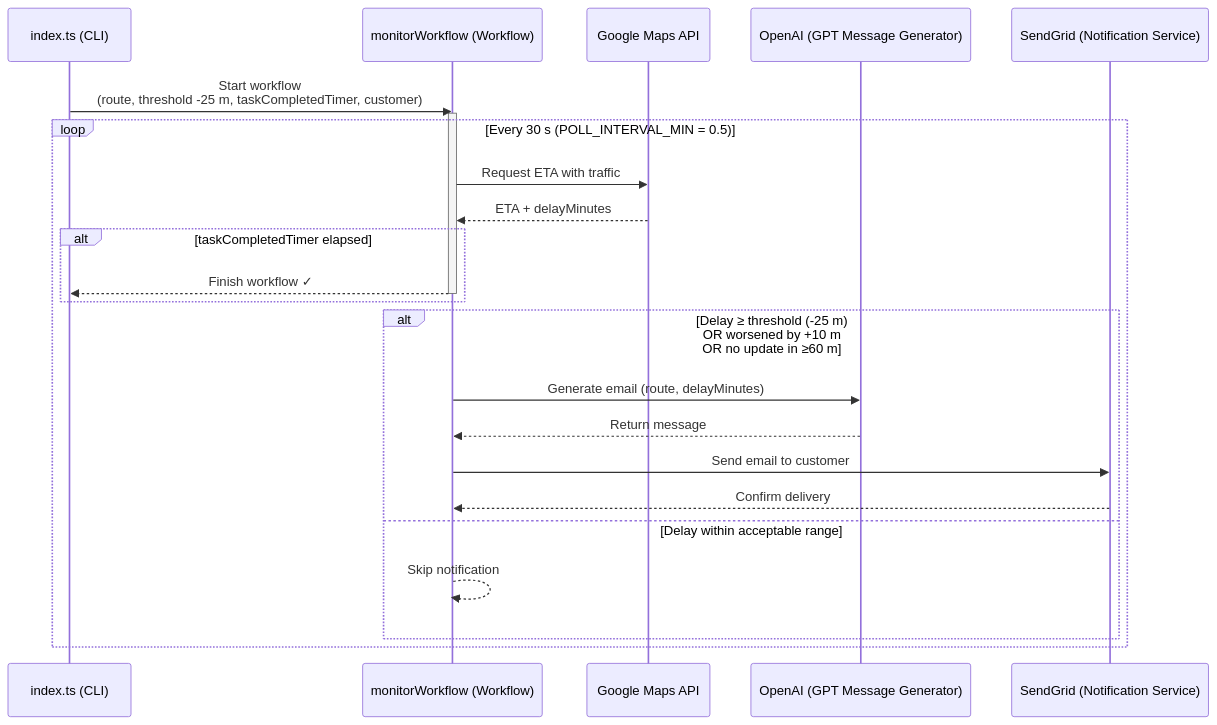
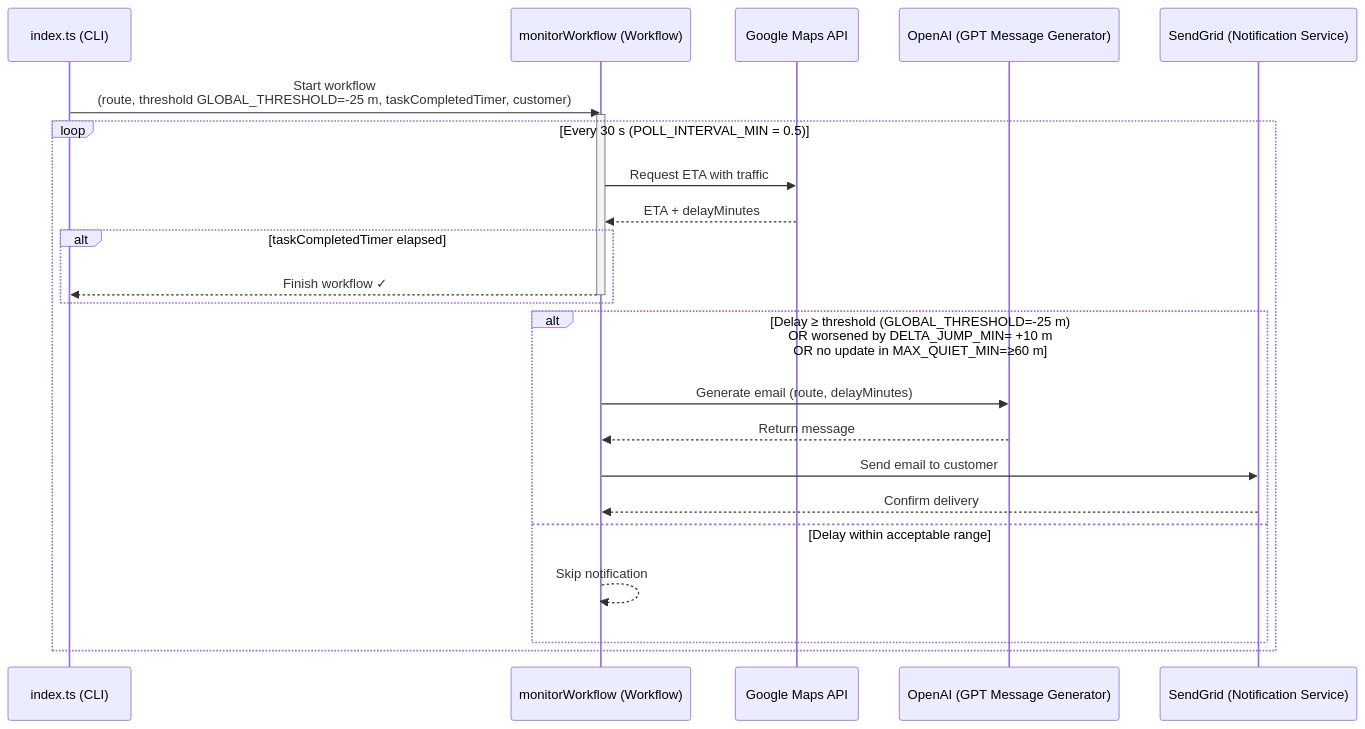
Before and after one commit to Christian8D/freight-delay-notifier-levityAI: the diagram in README.md, drawn with Mermaid. The commit also changed other lines of this file, not shown here.

````diff
--- a/README.md
+++ b/README.md
@@ -66,37 +39,37 @@
 ```mermaid
 sequenceDiagram
     participant CLI as index.ts (CLI)
     participant WF  as monitorWorkflow (Workflow)
     participant Maps as Google Maps API
     participant OpenAI as OpenAI (GPT Message Generator)
     participant SendGrid as SendGrid (Notification Service)
 
     %%— Bootstrap —%%
-    CLI->>WF: Start workflow <br/>(route, threshold -25 m, taskCompletedTimer, customer)
+    CLI->>WF: Start workflow <br/>(route, threshold GLOBAL_THRESHOLD=-25 m, taskCompletedTimer, customer)
     activate WF
 
     %%— Main polling loop —%%
     loop Every 30 s (POLL_INTERVAL_MIN = 0.5)
         %% 1️⃣ Get live traffic
         WF->>Maps: Request ETA with traffic
         Maps-->>WF: ETA + delayMinutes
 
         %% 2️⃣ Simulate delivery completion
         alt taskCompletedTimer elapsed
             WF-->>CLI: Finish workflow ✓
             deactivate WF
         end
 
         %% 3️⃣ Otherwise, check delay status
-        alt Delay ≥ threshold (-25 m)<br/>OR worsened by +10 m<br/>OR no update in ≥60 m
+        alt Delay ≥ threshold (GLOBAL_THRESHOLD=-25 m)<br/>OR worsened by DELTA_JUMP_MIN= +10 m<br/>OR no update in MAX_QUIET_MIN=≥60 m
             WF->>OpenAI: Generate email (route, delayMinutes)
             OpenAI-->>WF: Return message
 
             WF->>SendGrid: Send email to customer
             SendGrid-->>WF: Confirm delivery
         else Delay within acceptable range
             WF-->>WF: Skip notification
         end
     end
 
 ```
````
